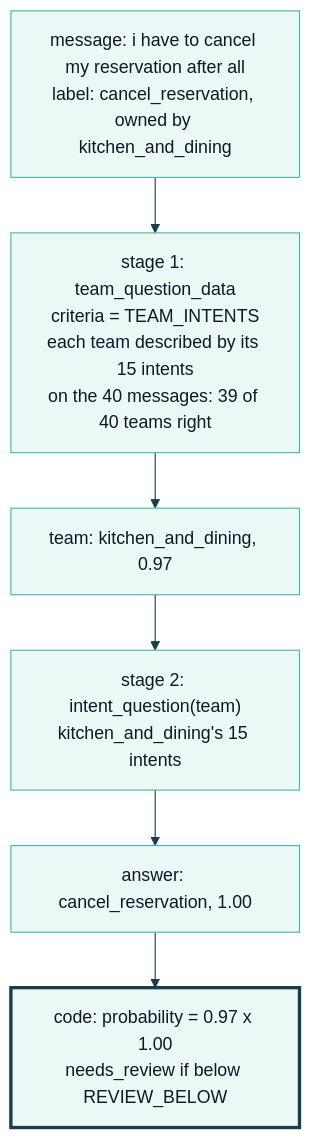
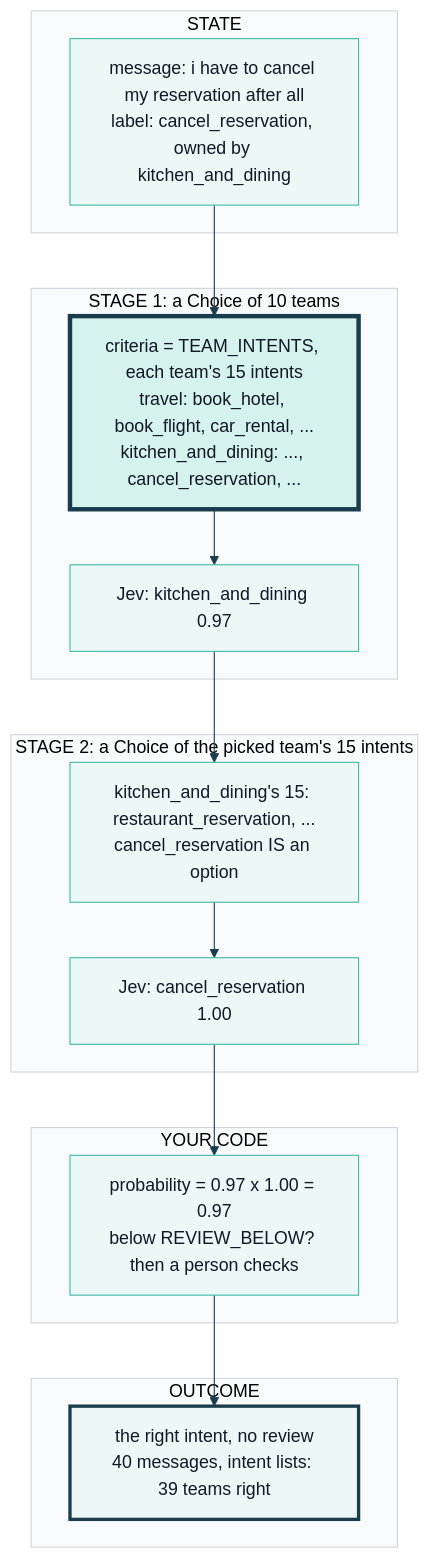
Before and after one commit to axel-sirota/getting_started_jev: the diagram in course/diagrams/module_02/p3-solution-criteria-as-data.mmd, drawn with Mermaid. The commit also changed 31 other files, not shown here.

Commit message:
Module 2: notebooks and diagrams

```diff
--- a/course/diagrams/module_02/p3-solution-criteria-as-data.mmd
+++ b/course/diagrams/module_02/p3-solution-criteria-as-data.mmd
@@ -1,8 +1,26 @@
 %%{init: {"theme": "base", "themeVariables": {"fontFamily": "Inter, sans-serif", "primaryColor": "#ECF8F6", "primaryBorderColor": "#40B8A6", "primaryTextColor": "#111827", "lineColor": "#1A3D4D", "secondaryColor": "#F9FAFB", "tertiaryColor": "#FFFFFF", "clusterBkg": "#F9FAFB", "clusterBorder": "#D1D5DB", "actorBkg": "#ECF8F6", "actorBorder": "#40B8A6", "noteBkgColor": "#FFF6DA", "noteBorderColor": "#E0B84C"}}}%%
 flowchart TD
-  M["message: i have to cancel my reservation after all<br/>label: cancel_reservation, owned by kitchen_and_dining"] --> S1["stage 1: team_question_data<br/>criteria = TEAM_INTENTS<br/>each team described by its 15 intents<br/>on the 40 messages: 39 of 40 teams right"]
-  S1 --> T["team: kitchen_and_dining, 0.97"]
-  T --> S2["stage 2: intent_question(team)<br/>kitchen_and_dining's 15 intents"]
-  S2 --> A["answer: cancel_reservation, 1.00"]
-  A --> C["code: probability = 0.97 x 1.00<br/>needs_review if below REVIEW_BELOW"]
-  style C stroke:#1A3D4D,stroke-width:3px
+  subgraph STATE["STATE"]
+    S["message: i have to cancel my reservation after all<br/>label: cancel_reservation, owned by kitchen_and_dining"]
+  end
+  subgraph STAGE1["STAGE 1: a Choice of 10 teams"]
+    T["criteria = TEAM_INTENTS, each team's 15 intents<br/>travel: book_hotel, book_flight, car_rental, ...<br/>kitchen_and_dining: ..., cancel_reservation, ..."]
+    TA["Jev: kitchen_and_dining 0.97"]
+  end
+  subgraph STAGE2["STAGE 2: a Choice of the picked team's 15 intents"]
+    I["kitchen_and_dining's 15: restaurant_reservation, ...<br/>cancel_reservation IS an option"]
+    IA["Jev: cancel_reservation 1.00"]
+  end
+  subgraph CODE["YOUR CODE"]
+    P["probability = 0.97 x 1.00 = 0.97<br/>below REVIEW_BELOW? then a person checks"]
+  end
+  subgraph OUTCOME["OUTCOME"]
+    O["the right intent, no review<br/>40 messages, intent lists: 39 teams right"]
+  end
+  S --> T --> TA --> I --> IA --> P --> O
+
+  classDef fail fill:#FDECEA,stroke:#B42318,stroke-width:4px
+  classDef changed fill:#D5F2EC,stroke:#1A3D4D,stroke-width:4px
+  classDef ok fill:#ECF8F6,stroke:#1A3D4D,stroke-width:3px
+  class T changed
+  class O ok
```
